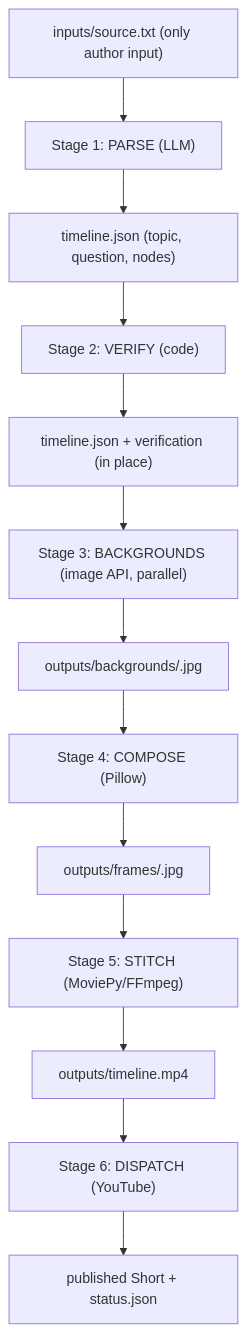
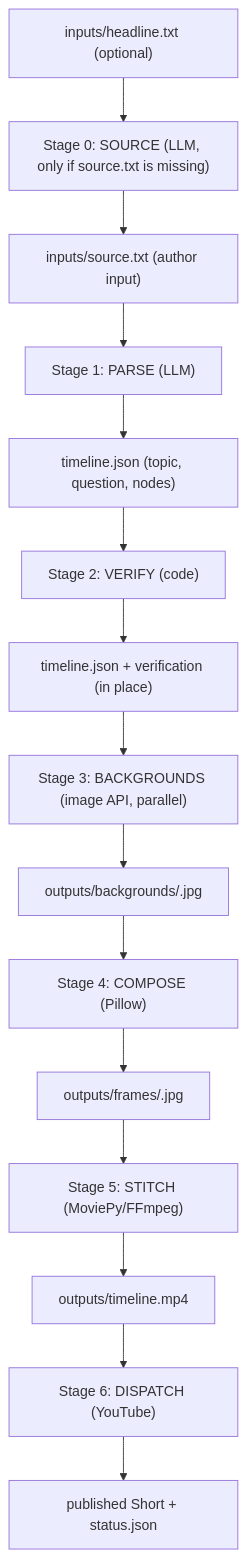
One commit to ishaniGupta27/knowthebigpicture changed the diagram in docs/DESIGN.md. Above: the diagram before and after it, drawn with Mermaid. The commit also changed other lines of this file and 16 other files, not shown here.

````diff
--- a/docs/DESIGN.md
+++ b/docs/DESIGN.md
@@ -50,15 +50,17 @@
 ```mermaid
 flowchart TD
-    SRC["inputs/source.txt (only author input)"] --> S1["Stage 1: PARSE (LLM)"]
+    HL["inputs/headline.txt (optional)"] --> S0["Stage 0: SOURCE (LLM, only if source.txt is missing)"]
+    S0 --> SRC["inputs/source.txt (author input)"]
+    SRC --> S1["Stage 1: PARSE (LLM)"]
     S1 --> TL["timeline.json (topic, question, nodes)"]
     TL --> S2["Stage 2: VERIFY (code)"]
     S2 --> TLV["timeline.json + verification (in place)"]
     TLV --> S3["Stage 3: BACKGROUNDS (image API, parallel)"]
     S3 --> BG["outputs/backgrounds/<id>.jpg"]
     BG --> S4["Stage 4: COMPOSE (Pillow)"]
     S4 --> FR["outputs/frames/<id>.jpg"]
     FR --> S5["Stage 5: STITCH (MoviePy/FFmpeg)"]
     S5 --> MP4["outputs/timeline.mp4"]
     MP4 --> S6["Stage 6: DISPATCH (YouTube)"]
     S6 --> PUB["published Short + status.json"]
 ```
````
